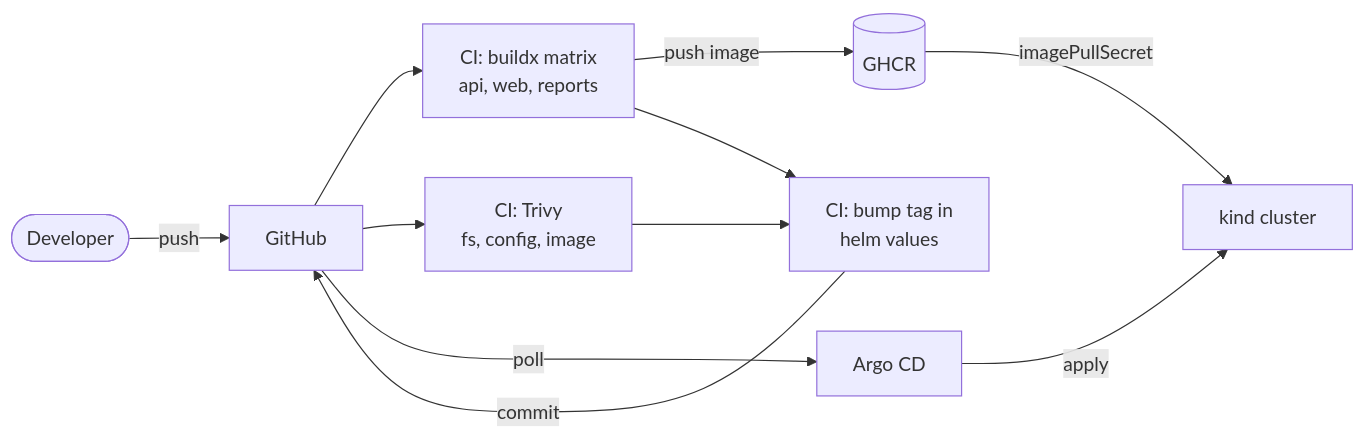
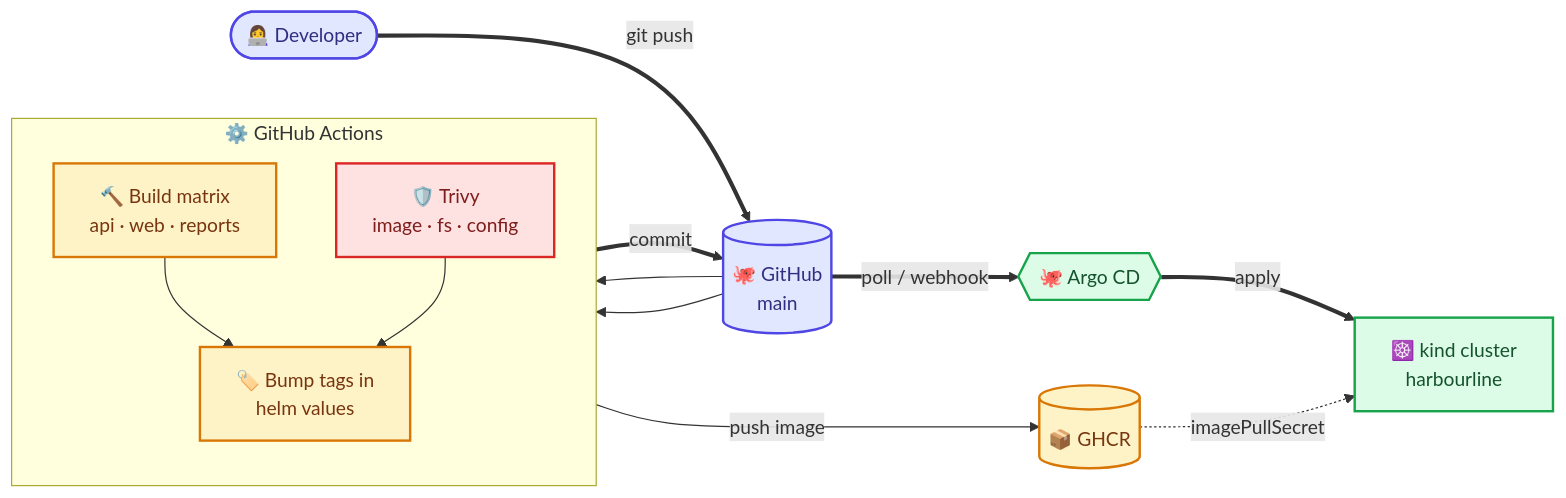
The second of 2 diagrams in docs/architecture.md (rkhnania/harbourline-k8s-lab), drawn with Mermaid before and after one commit. The commit also changed other lines of this file and 1 other file, not shown here.

````diff
--- a/docs/architecture.md
+++ b/docs/architecture.md
@@ -34,13 +48,28 @@
 ```mermaid
 flowchart LR
-  dev([Developer]) -->|push| gh[GitHub]
-  gh --> build[CI: buildx matrix<br/>api, web, reports]
-  gh --> scan[CI: Trivy<br/>fs, config, image]
-  build -->|push image| ghcr[(GHCR)]
-  build --> deploy[CI: bump tag in<br/>helm values]
-  scan --> deploy
-  deploy -->|commit| gh
-  gh -->|poll| argo[Argo CD]
-  argo -->|apply| k8s[kind cluster]
-  ghcr -->|imagePullSecret| k8s
+  dev(["👩‍💻 Developer"]) ==>|git push| gh
+  subgraph ci["⚙️ GitHub Actions"]
+    direction TB
+    build["🔨 Build matrix<br/>api · web · reports"]
+    scan["🛡️ Trivy<br/>image · fs · config"]
+    bump["🏷️ Bump tags in<br/>helm values"]
+    build --> bump
+    scan --> bump
+  end
+  gh[("🐙 GitHub<br/>main")] --> build
+  gh --> scan
+  build -->|push image| ghcr[("📦 GHCR")]
+  bump ==>|commit| gh
+  gh ==>|poll / webhook| argo{{"🐙 Argo CD"}}
+  argo ==>|apply| k8s["☸️ kind cluster<br/>harbourline"]
+  ghcr -.->|imagePullSecret| k8s
+
+  classDef src fill:#e0e7ff,stroke:#4f46e5,stroke-width:2px,color:#312e81
+  classDef sec fill:#fee2e2,stroke:#dc2626,stroke-width:2px,color:#7f1d1d
+  classDef art fill:#fef3c7,stroke:#d97706,stroke-width:2px,color:#78350f
+  classDef run fill:#dcfce7,stroke:#16a34a,stroke-width:2px,color:#14532d
+  class dev,gh src
+  class scan sec
+  class ghcr,bump,build art
+  class argo,k8s run
 ```
````
